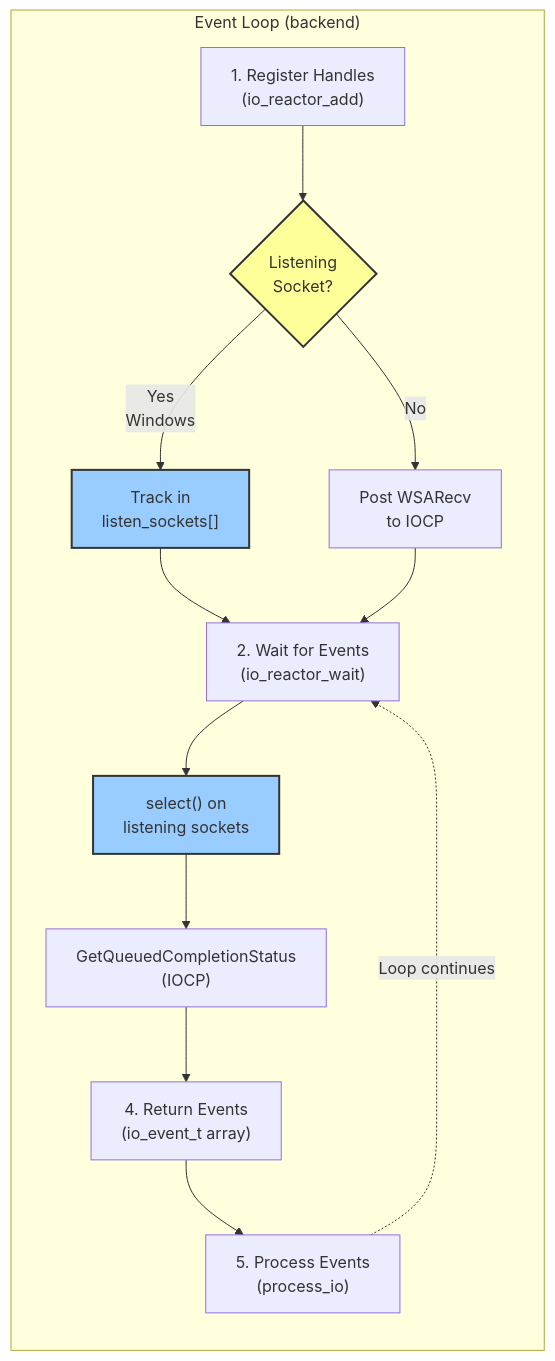
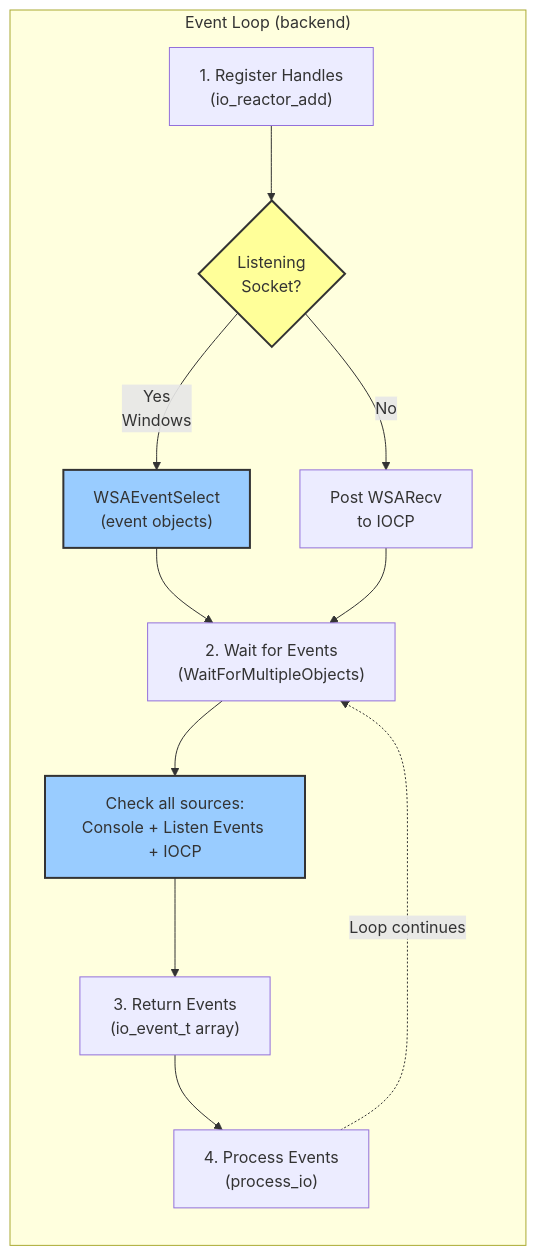
The first of 2 diagrams in docs/manual/io-reactor.md (taedlar/neolith), drawn with Mermaid before and after one commit. The commit also changed other lines of this file and 5 other files, not shown here.

Commit message:
fix: io_reactor_wait on windows (#219)

````diff
--- a/docs/manual/io-reactor.md
+++ b/docs/manual/io-reactor.md
@@ -74,30 +82,28 @@
 ```mermaid
 graph TB
     subgraph "Event Loop (backend)"
         direction TB
         Register["1. Register Handles<br/>(io_reactor_add)"]
         Detect{"Listening<br/>Socket?"}
-        TrackListen["Track in<br/>listen_sockets[]"]
+        TrackListen["WSAEventSelect<br/>(event objects)"]
         PostIOCP["Post WSARecv<br/>to IOCP"]
-        Wait["2. Wait for Events<br/>(io_reactor_wait)"]
-        CheckListen["select() on<br/>listening sockets"]
-        CheckIOCP["GetQueuedCompletionStatus<br/>(IOCP)"]
-        Return["4. Return Events<br/>(io_event_t array)"]
-        Process["5. Process Events<br/>(process_io)"]
+        Wait["2. Wait for Events<br/>(WaitForMultipleObjects)"]
+        CheckAll["Check all sources:<br/>Console + Listen Events + IOCP"]
+        Return["3. Return Events<br/>(io_event_t array)"]
+        Process["4. Process Events<br/>(process_io)"]
         
         Register --> Detect
         Detect -->|Yes<br/>Windows| TrackListen
         Detect -->|No| PostIOCP
         TrackListen --> Wait
         PostIOCP --> Wait
-        Wait --> CheckListen
-        CheckListen --> CheckIOCP
-        CheckIOCP --> Return
+        Wait --> CheckAll
+        CheckAll --> Return
         Return --> Process
         Process -.->|"Loop continues"| Wait
     end
     
     style Detect fill:#ff9,stroke:#333,stroke-width:2px
     style TrackListen fill:#9cf,stroke:#333,stroke-width:2px
-    style CheckListen fill:#9cf,stroke:#333,stroke-width:2px
+    style CheckAll fill:#9cf,stroke:#333,stroke-width:2px
 ```
````
